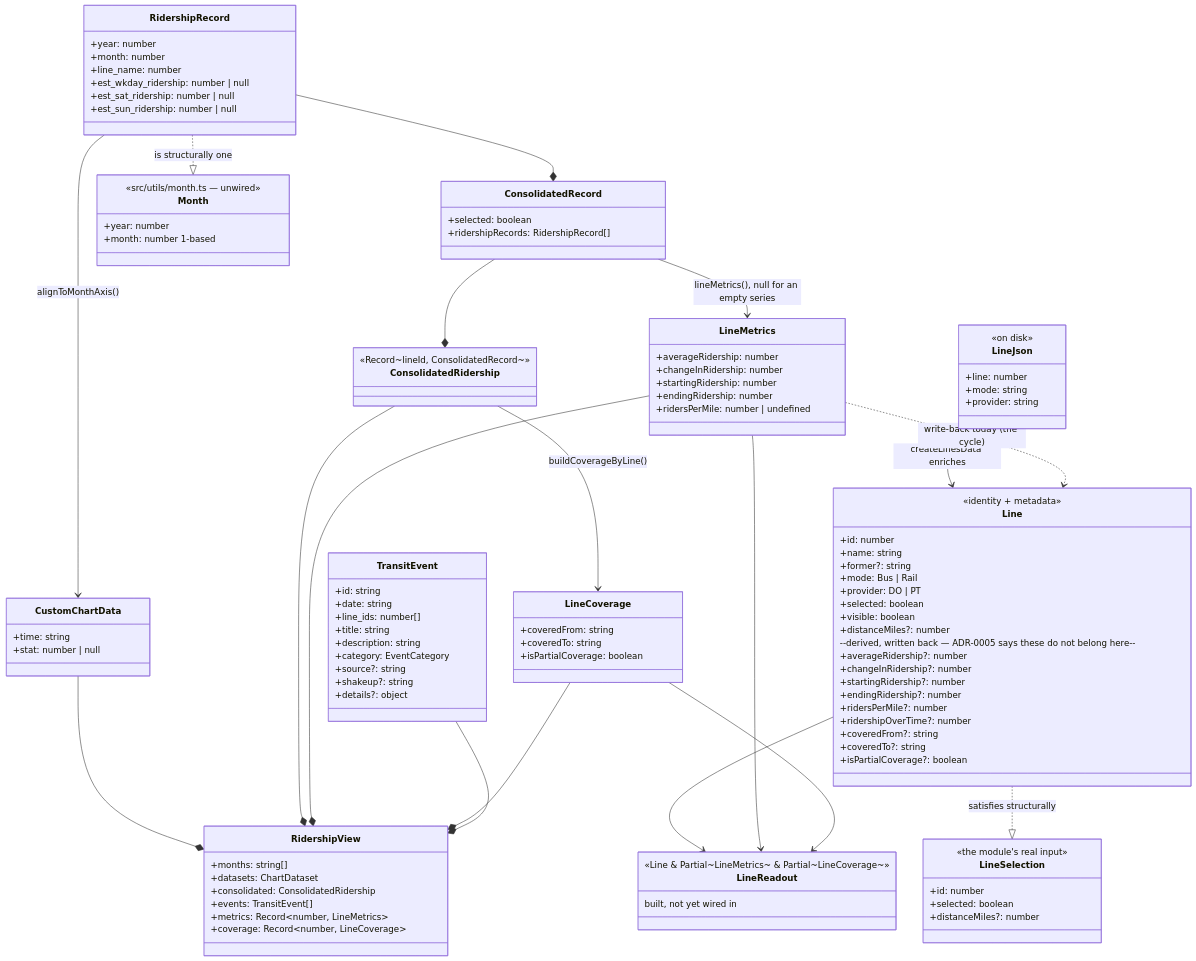
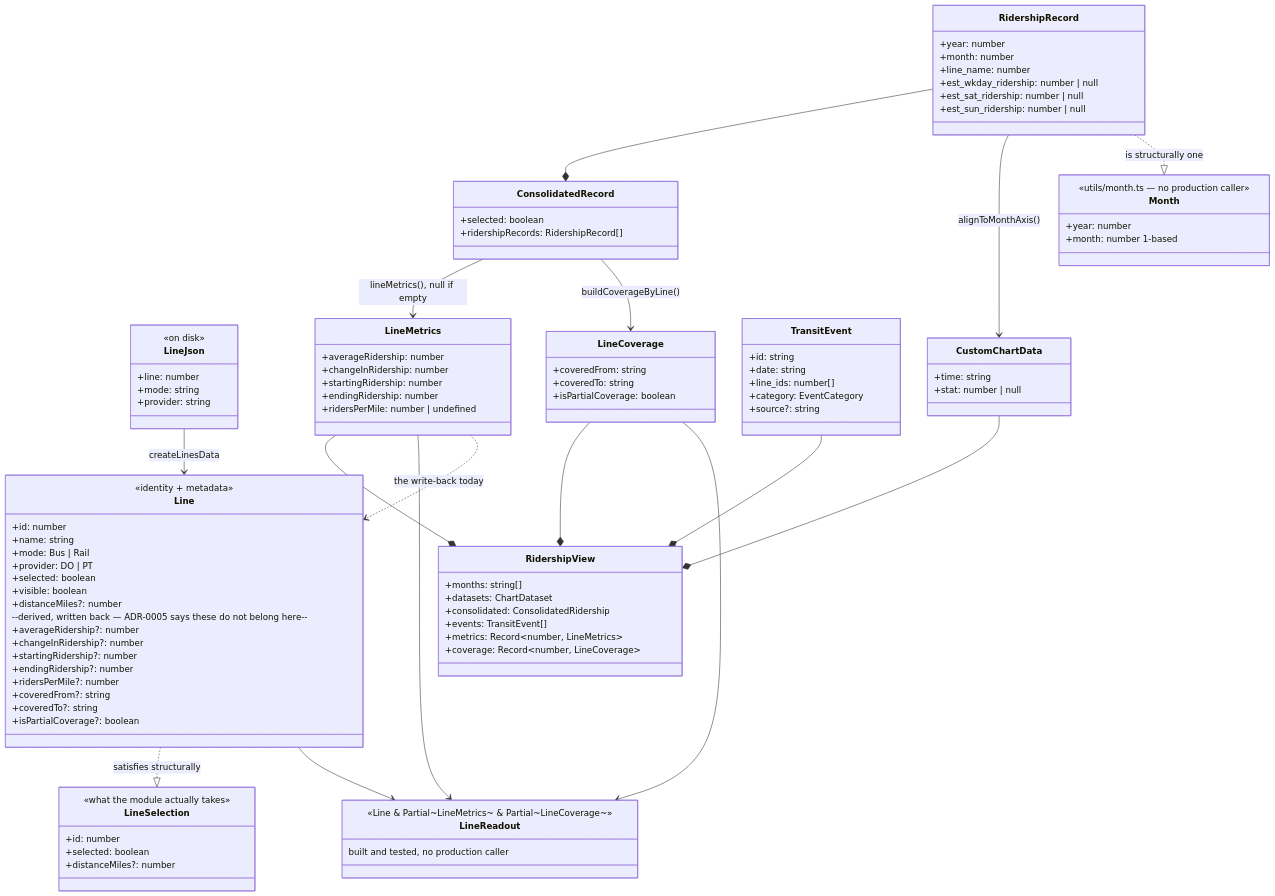
Before and after one commit to streetsforall/metro_ridership_app: diagram 11 of 21 in docs/architecture/diagrams.md, drawn with Mermaid. The commit also changed other lines of this file and 38 other files, not shown here.

First line of the commit message:
docs: redraw the diagrams in the app's palette, and unstick CLAUDE.md

````diff
--- a/docs/architecture/diagrams.md
+++ b/docs/architecture/diagrams.md
@@ -638,7 +715,6 @@
     <<identity + metadata>>
     +id: number
     +name: string
-    +former?: string
     +mode: Bus | Rail
     +provider: DO | PT
     +selected: boolean
@@ -650,14 +726,13 @@
     +startingRidership?: number
     +endingRidership?: number
     +ridersPerMile?: number
-    +ridershipOverTime?: number
     +coveredFrom?: string
     +coveredTo?: string
     +isPartialCoverage?: boolean
   }
 
   class LineSelection {
-    <<the module's real input>>
+    <<what the module actually takes>>
     +id: number
     +selected: boolean
     +distanceMiles?: number
@@ -677,10 +752,6 @@
     +ridershipRecords: RidershipRecord[]
   }
 
-  class ConsolidatedRidership {
-    <<Record~lineId, ConsolidatedRecord~>>
-  }
-
   class LineMetrics {
     +averageRidership: number
     +changeInRidership: number
@@ -697,19 +768,15 @@
 
   class LineReadout {
     <<Line & Partial~LineMetrics~ & Partial~LineCoverage~>>
-    built, not yet wired in
+    built and tested, no production caller
   }
 
   class TransitEvent {
     +id: string
     +date: string
     +line_ids: number[]
-    +title: string
-    +description: string
     +category: EventCategory
     +source?: string
-    +shakeup?: string
-    +details?: object
   }
 
   class CustomChartData {
@@ -727,26 +794,24 @@
   }
 
   class Month {
-    <<src/utils/month.ts — unwired>>
+    <<utils/month.ts — no production caller>>
     +year: number
     +month: number 1-based
   }
 
-  LineJson --> Line : createLinesData enriches
+  LineJson --> Line : createLinesData
   Line ..|> LineSelection : satisfies structurally
   RidershipRecord --* ConsolidatedRecord
-  ConsolidatedRecord --* ConsolidatedRidership
-  ConsolidatedRecord --> LineMetrics : lineMetrics(), null for an empty series
-  ConsolidatedRidership --> LineCoverage : buildCoverageByLine()
+  ConsolidatedRecord --> LineMetrics : lineMetrics(), null if empty
+  ConsolidatedRecord --> LineCoverage : buildCoverageByLine()
   RidershipRecord --> CustomChartData : alignToMonthAxis()
+  RidershipRecord ..|> Month : is structurally one
   CustomChartData --* RidershipView
-  ConsolidatedRidership --* RidershipView
   LineMetrics --* RidershipView
   LineCoverage --* RidershipView
   TransitEvent --* RidershipView
   Line --> LineReadout
   LineMetrics --> LineReadout
   LineCoverage --> LineReadout
-  LineMetrics ..> Line : write-back today (the cycle)
-  RidershipRecord ..|> Month : is structurally one
+  LineMetrics ..> Line : the write-back today
 ```
````
